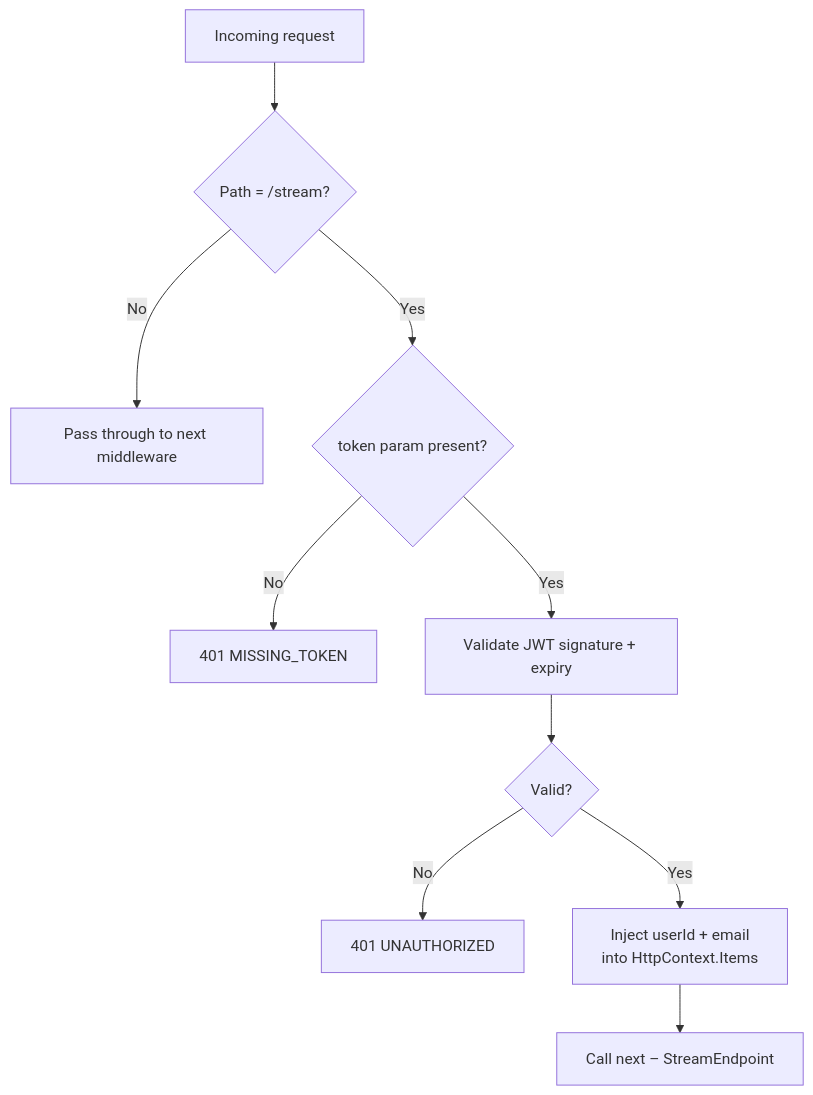
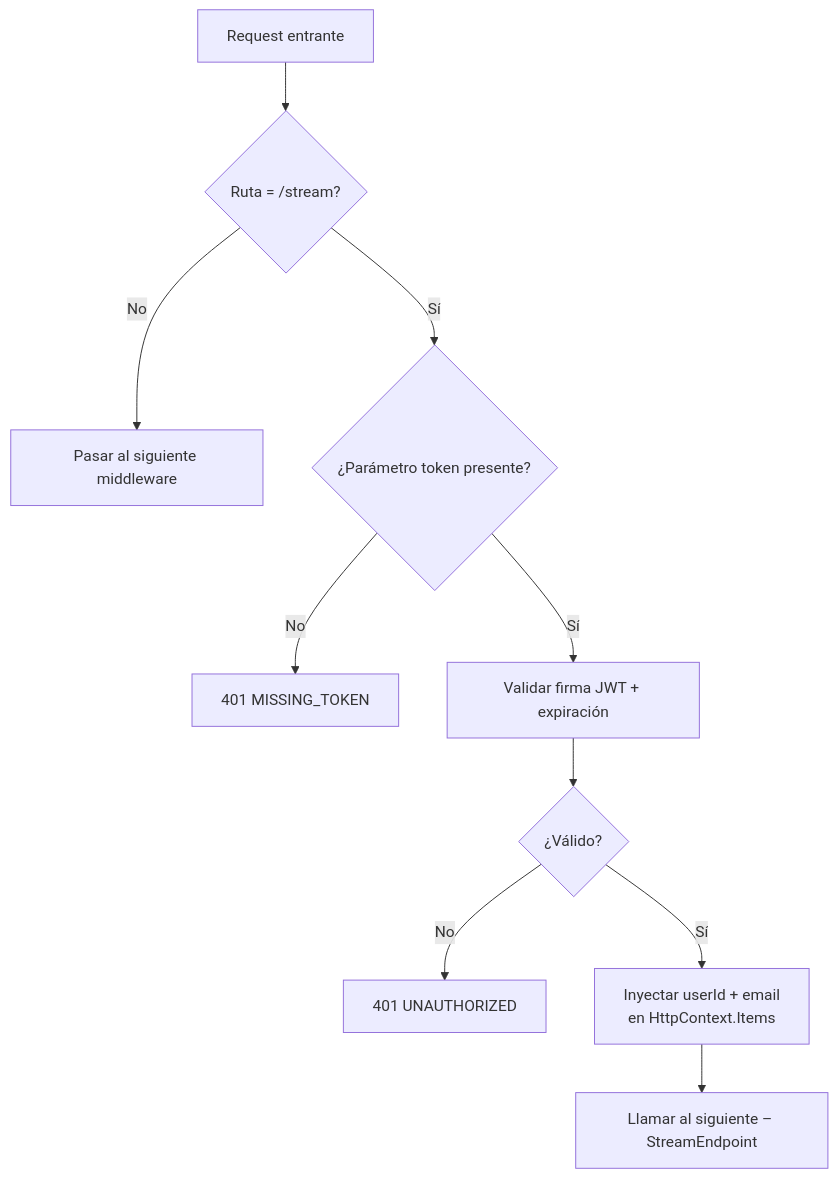
One commit to jlizarazoa/ColabBoard_Docs changed the diagram in docs/sse-service/authentication.md. Above: the diagram before and after it, drawn with Mermaid. The commit also changed other lines of this file and 29 other files, not shown here.

````diff
--- a/docs/sse-service/authentication.md
+++ b/docs/sse-service/authentication.md
@@ -27,12 +27,12 @@
 ```mermaid
 flowchart TD
-    A["Incoming request"] --> B{Path = /stream?}
-    B -->|No| C["Pass through to next middleware"]
-    B -->|Yes| D{token param present?}
+    A["Request entrante"] --> B{Ruta = /stream?}
+    B -->|No| C["Pasar al siguiente middleware"]
+    B -->|Sí| D{¿Parámetro token presente?}
     D -->|No| E["401 MISSING_TOKEN"]
-    D -->|Yes| F["Validate JWT signature + expiry"]
-    F --> G{Valid?}
+    D -->|Sí| F["Validar firma JWT + expiración"]
+    F --> G{¿Válido?}
     G -->|No| H["401 UNAUTHORIZED"]
-    G -->|Yes| I["Inject userId + email\ninto HttpContext.Items"]
-    I --> J["Call next – StreamEndpoint"]
+    G -->|Sí| I["Inyectar userId + email\nen HttpContext.Items"]
+    I --> J["Llamar al siguiente – StreamEndpoint"]
 ```
````
